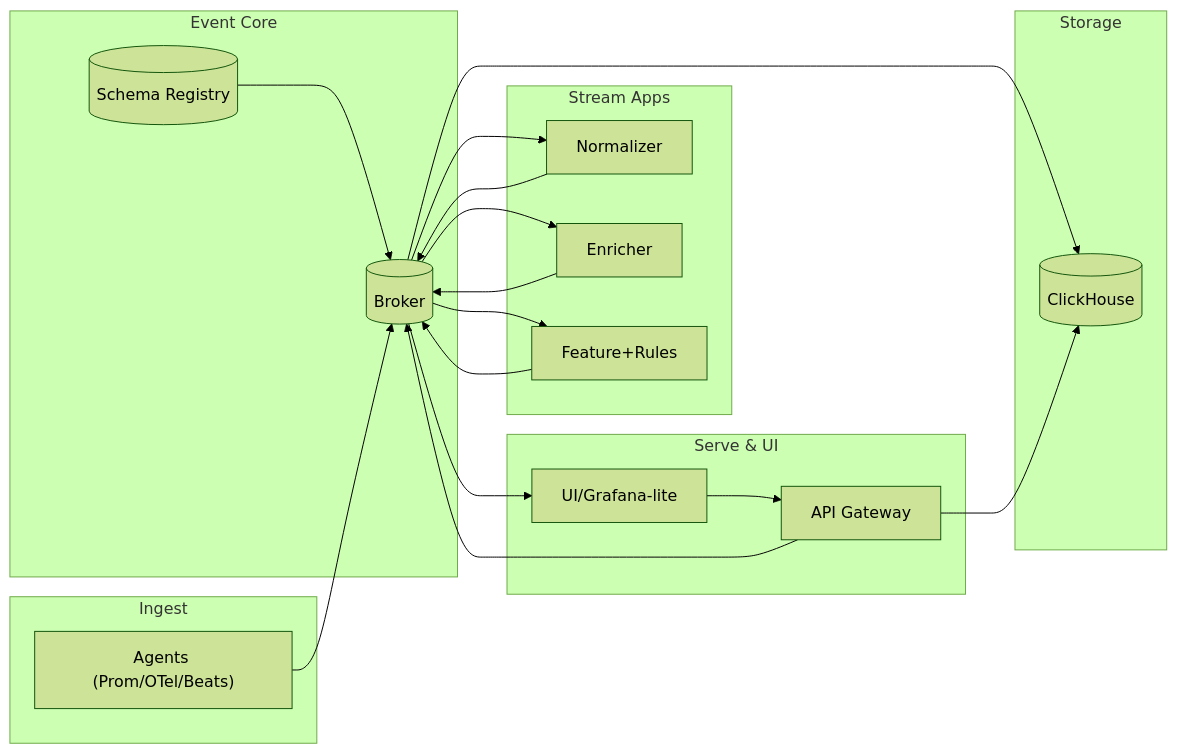
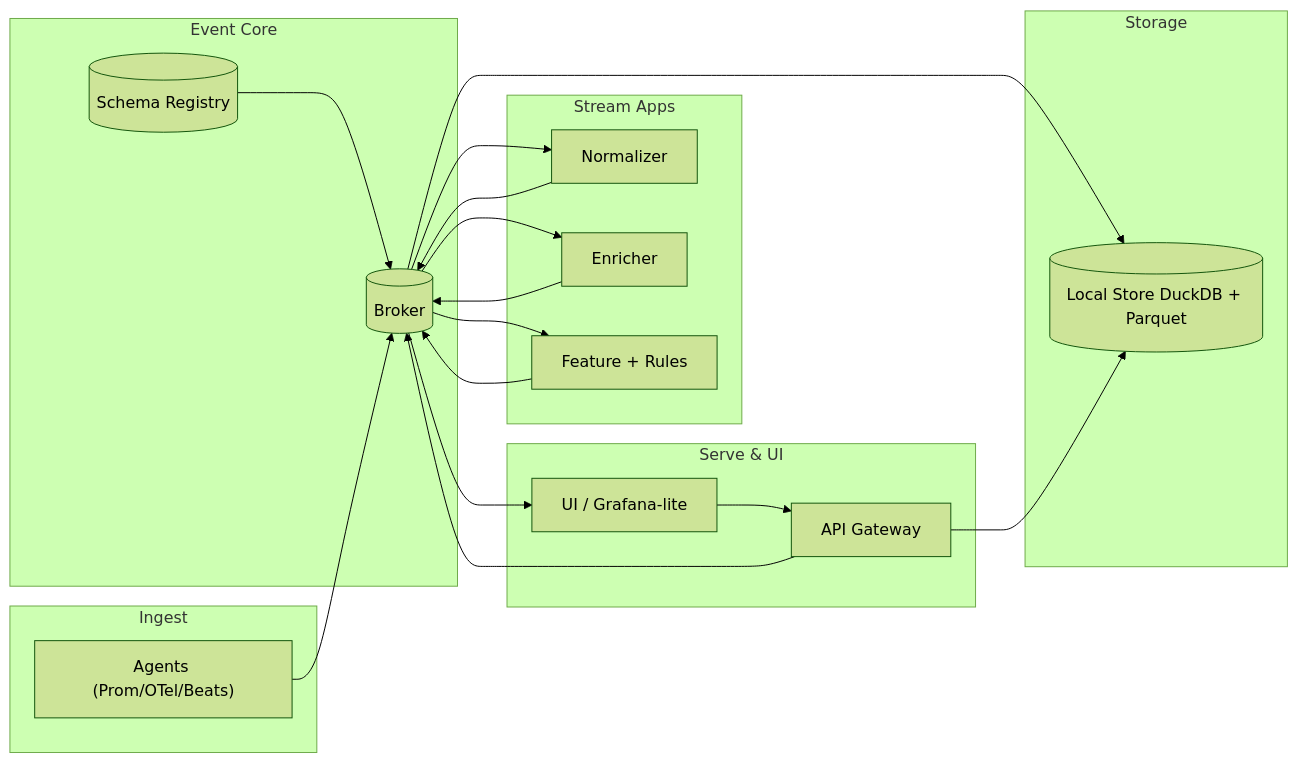
One commit to lILogit/Observio changed the diagram in README.md. Above: the diagram before and after it, drawn with Mermaid (forest theme). The commit also changed other lines of this file, not shown here.

````diff
--- a/README.md
+++ b/README.md
@@ -25,37 +24,37 @@
 ```mermaid
 flowchart LR
   subgraph Ingest
     Agent["Agents (Prom/OTel/Beats)"]
   end
 
   subgraph Core["Event Core"]
     Bus[(Broker)]
     Reg[(Schema Registry)]
     Reg --> Bus
   end
 
   subgraph Stream["Stream Apps"]
     Norm[Normalizer]
     Enr[Enricher]
-    Feat[Feature+Rules]
+    Feat[Feature + Rules]
   end
 
   subgraph Storage
-    CH[(ClickHouse)]
+    LS[(Local Store DuckDB + Parquet)]
   end
 
   subgraph Serve["Serve & UI"]
     API[API Gateway]
-    UI[UI/Grafana-lite]
+    UI[UI / Grafana-lite]
   end
 
   Agent --> Bus
   Bus --> Norm --> Bus
   Bus --> Enr --> Bus
   Bus --> Feat --> Bus
-  Bus --> CH
-  API --> CH
+  Bus --> LS
+  API --> LS
   API --> Bus
   Bus --> UI
   UI --> API
 ```
````
